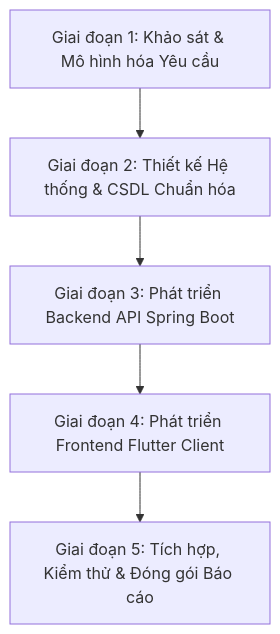
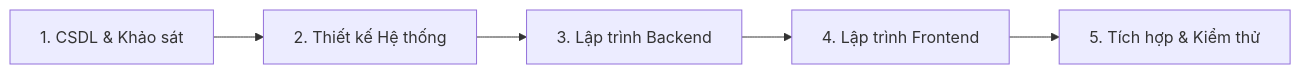
The diagram in TASK_ASSIGNMENTS.md (PHamHuy-23/Roomate-and-matching-app), drawn with Mermaid before and after one commit. The commit also changed other lines of this file and 2 other files, not shown here.

````diff
--- a/TASK_ASSIGNMENTS.md
+++ b/TASK_ASSIGNMENTS.md
@@ -24,7 +24,7 @@
 ```mermaid
-graph TD
-    P1[Giai đoạn 1: Khảo sát & Mô hình hóa Yêu cầu] --> P2[Giai đoạn 2: Thiết kế Hệ thống & CSDL Chuẩn hóa]
-    P2 --> P3[Giai đoạn 3: Phát triển Backend API Spring Boot]
-    P3 --> P4[Giai đoạn 4: Phát triển Frontend Flutter Client]
-    P4 --> P5[Giai đoạn 5: Tích hợp, Kiểm thử & Đóng gói Báo cáo]
+graph LR
+    P1[1. CSDL & Khảo sát] --> P2[2. Thiết kế Hệ thống]
+    P2 --> P3[3. Lập trình Backend]
+    P3 --> P4[4. Lập trình Frontend]
+    P4 --> P5[5. Tích hợp & Kiểm thử]
 ```
````
